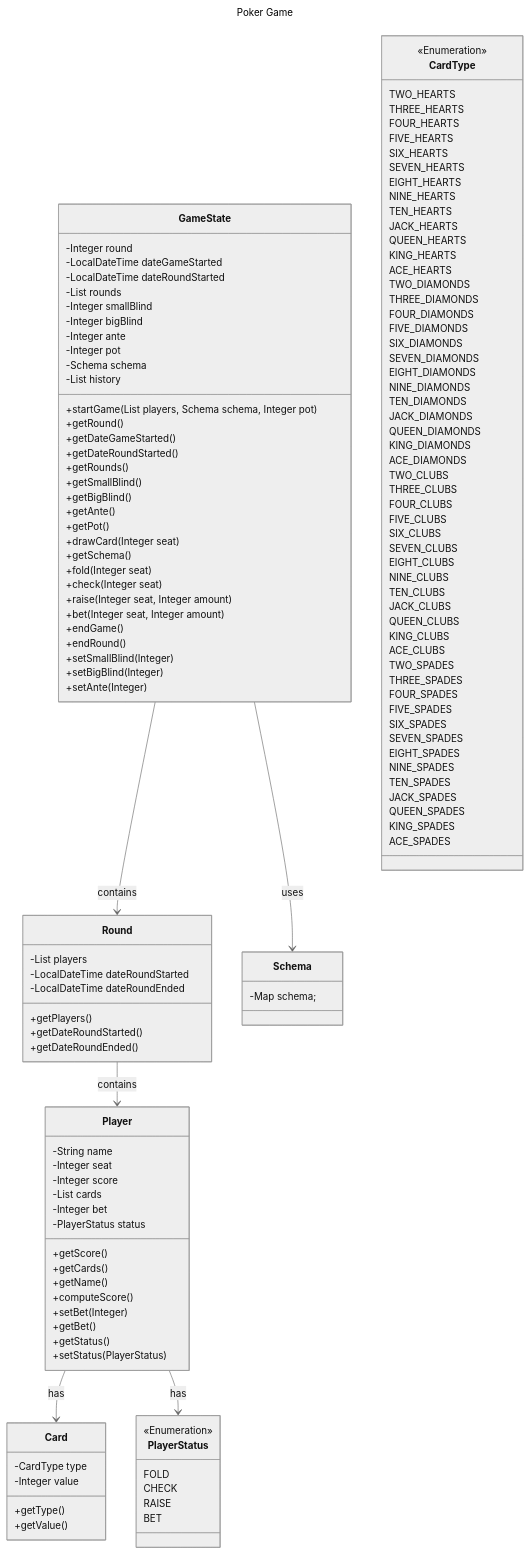
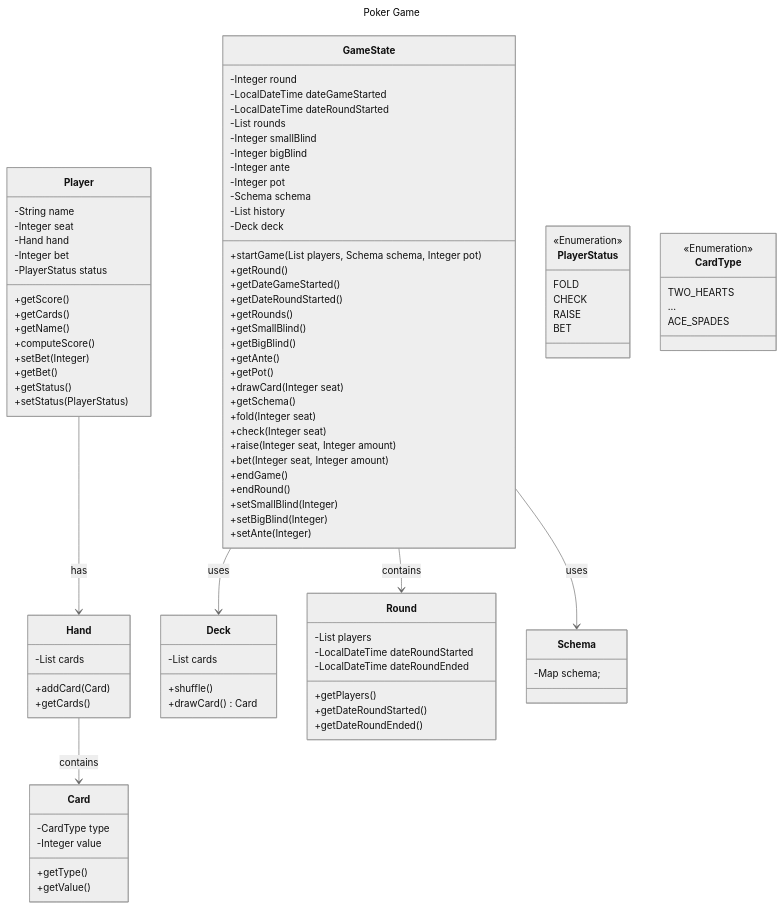
One commit to FettucciniESP/fettuccini changed the diagram in docs/back/diagram/classes.md. Above: the diagram before and after it, drawn with Mermaid (neutral theme).

Commit message:
feat: split Deck into Hand and Player

````diff
--- a/docs/back/diagram/classes.md
+++ b/docs/back/diagram/classes.md
@@ -15,6 +15,7 @@
         -Integer pot
         -Schema schema
         -List<GameState> history
+        -Deck deck
 
         +startGame(List<String> players, Schema schema, Integer pot)
         +getRound()
@@ -38,6 +39,20 @@
         +setAnte(Integer)
     }
 
+    class Deck {
+        -List<Card> cards
+
+        +shuffle()
+        +drawCard() Card
+    }
+
+    class Hand {
+        -List<Card> cards
+
+        +addCard(Card)
+        +getCards()
+    }
+
     class Round {
         -List<Player> players
         -LocalDateTime dateRoundStarted
@@ -55,8 +70,7 @@
     class Player {
         -String name
         -Integer seat
-        -Integer score
-        -List<Card> cards
+        -Hand hand
         -Integer bet
         -PlayerStatus status
 
@@ -89,65 +103,14 @@
     class CardType {
         <<Enumeration>>
         TWO_HEARTS
-        THREE_HEARTS
-            FOUR_HEARTS
-            FIVE_HEARTS
-            SIX_HEARTS
-            SEVEN_HEARTS
-            EIGHT_HEARTS
-            NINE_HEARTS
-            TEN_HEARTS
-            JACK_HEARTS
-            QUEEN_HEARTS
-            KING_HEARTS
-            ACE_HEARTS
-
-            TWO_DIAMONDS
-            THREE_DIAMONDS
-            FOUR_DIAMONDS
-            FIVE_DIAMONDS
-            SIX_DIAMONDS
-            SEVEN_DIAMONDS
-            EIGHT_DIAMONDS
-            NINE_DIAMONDS
-            TEN_DIAMONDS
-            JACK_DIAMONDS
-            QUEEN_DIAMONDS
-            KING_DIAMONDS
-            ACE_DIAMONDS
-
-            TWO_CLUBS
-            THREE_CLUBS
-            FOUR_CLUBS
-            FIVE_CLUBS
-            SIX_CLUBS
-            SEVEN_CLUBS
-            EIGHT_CLUBS
-            NINE_CLUBS
-            TEN_CLUBS
-            JACK_CLUBS
-            QUEEN_CLUBS
-            KING_CLUBS
-            ACE_CLUBS
-
-            TWO_SPADES
-            THREE_SPADES
-            FOUR_SPADES
-            FIVE_SPADES
-            SIX_SPADES
-            SEVEN_SPADES
-            EIGHT_SPADES
-            NINE_SPADES
-            TEN_SPADES
-            JACK_SPADES
-            QUEEN_SPADES
-            KING_SPADES
-            ACE_SPADES
+        ...
+        ACE_SPADES
     }
 
+    GameState --> Deck : uses
     GameState --> Round : contains
     GameState --> Schema : uses
-    Round --> Player : contains
-    Player --> Card : has
-    Player --> PlayerStatus : has
+    Player --> Hand : has
+    Hand --> Card : contains
+
 ```
````
